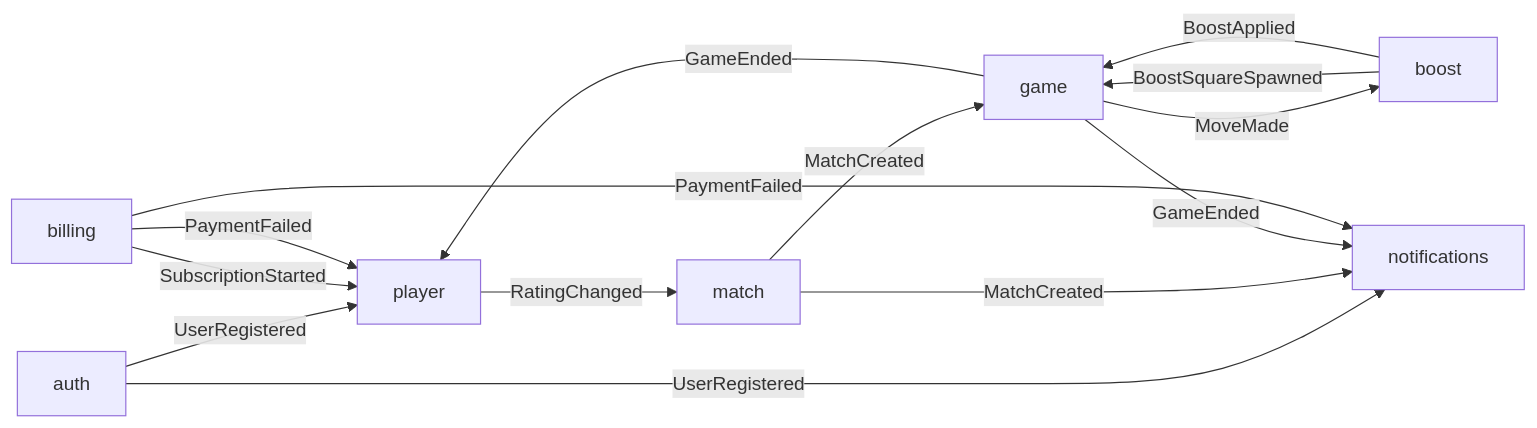
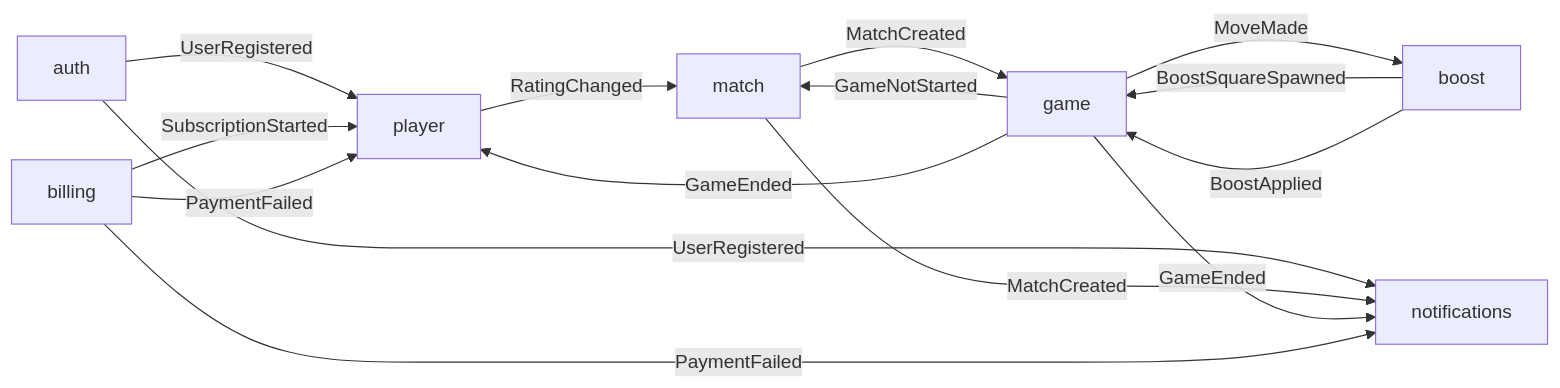
The diagram in docs/bc-map.md (zlarkisz/chessboost), drawn with Mermaid before and after one commit. The commit also changed other lines of this file and 2 other files, not shown here.

Commit message:
docs(game-play): sad §5 — building blocks, strict C4 Container, game owns rematch and presence (ADR-0007)

````diff
--- a/docs/bc-map.md
+++ b/docs/bc-map.md
@@ -41,16 +49,17 @@
 ```mermaid
 flowchart LR
   auth -- UserRegistered --> player
   auth -- UserRegistered --> notifications
   match -- MatchCreated --> game
+  game -- GameNotStarted --> match
   match -- MatchCreated --> notifications
   game -- MoveMade --> boost
   boost -- BoostSquareSpawned --> game
   boost -- BoostApplied --> game
   game -- GameEnded --> player
   game -- GameEnded --> notifications
   player -- RatingChanged --> match
   billing -- SubscriptionStarted --> player
   billing -- PaymentFailed --> player
   billing -- PaymentFailed --> notifications
 ```
````
